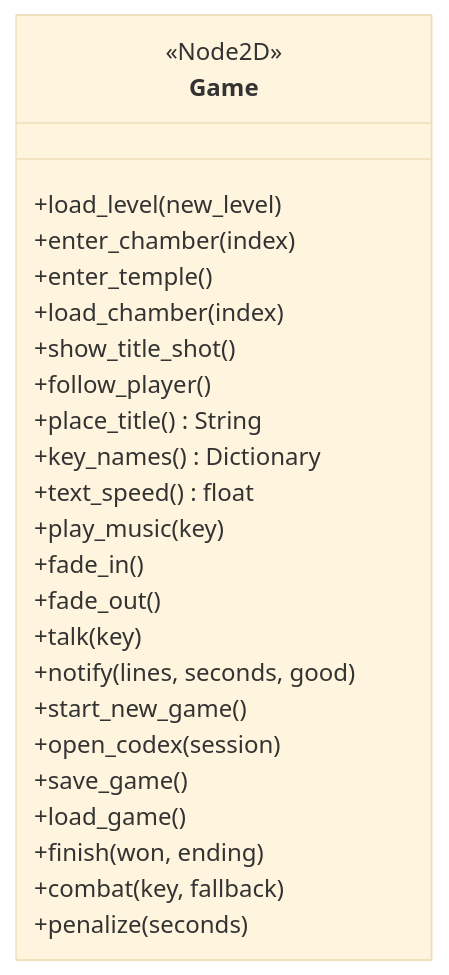
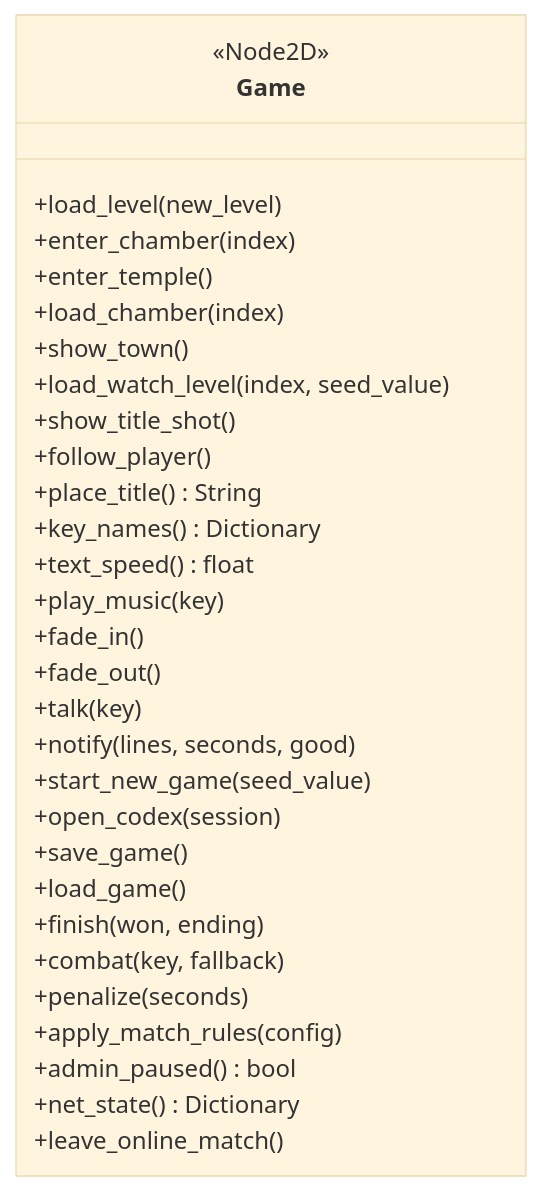
The first of 14 diagrams in docs/UML_COMPLETO.md (soyjuza/aritma), drawn with Mermaid (base theme) before and after one commit. The commit also changed other lines of this file and 46 other files, not shown here.

````diff
--- a/docs/UML_COMPLETO.md
+++ b/docs/UML_COMPLETO.md
@@ -10,27 +10,33 @@
 ```mermaid
 classDiagram
     class Game {
         <<Node2D>>
         +load_level(new_level)
         +enter_chamber(index)
         +enter_temple()
         +load_chamber(index)
+        +show_town()
+        +load_watch_level(index, seed_value)
         +show_title_shot()
         +follow_player()
         +place_title() String
         +key_names() Dictionary
         +text_speed() float
         +play_music(key)
         +fade_in()
         +fade_out()
         +talk(key)
         +notify(lines, seconds, good)
-        +start_new_game()
+        +start_new_game(seed_value)
         +open_codex(session)
         +save_game()
         +load_game()
         +finish(won, ending)
         +combat(key, fallback)
         +penalize(seconds)
+        +apply_match_rules(config)
+        +admin_paused() bool
+        +net_state() Dictionary
+        +leave_online_match()
     }
 ```
````
